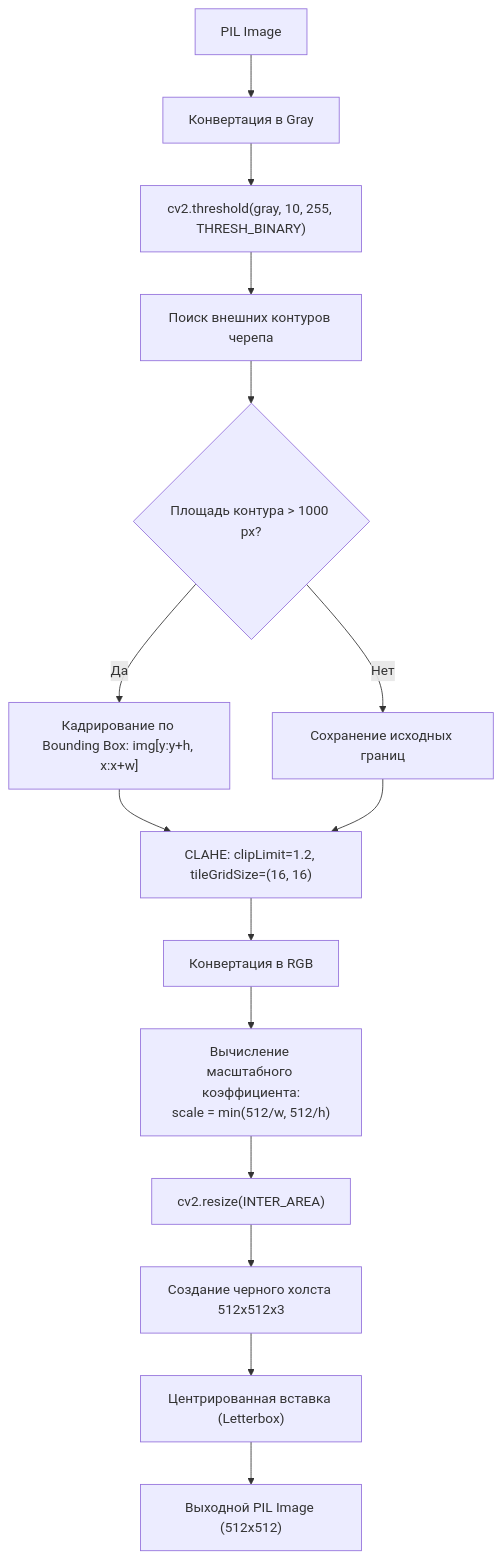
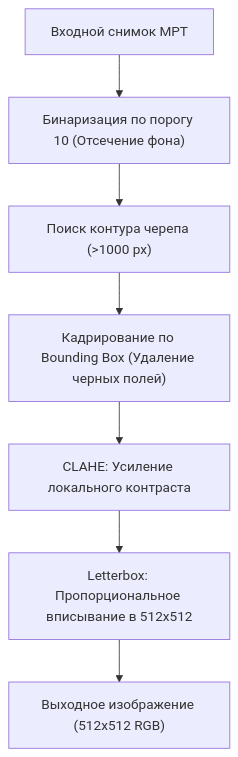
Before and after one commit to marklemesev-spec/mri-brain-tumors: the fourth of 7 diagrams in README.md, drawn with Mermaid. The commit also changed other lines of this file, not shown here.

````diff
--- a/README.md
+++ b/README.md
@@ -177,16 +161,9 @@
 ```mermaid
 flowchart TD
-    A["PIL Image"] --> B["Конвертация в Gray"]
-    B --> C["cv2.threshold(gray, 10, 255, THRESH_BINARY)"]
-    C --> D["Поиск внешних контуров черепа"]
-    D --> E{"Площадь контура > 1000 px?"}
-    E -- Да --> F["Кадрирование по Bounding Box: img[y:y+h, x:x+w]"]
-    E -- Нет --> G["Сохранение исходных границ"]
-    F & G --> H["CLAHE: clipLimit=1.2, tileGridSize=(16, 16)"]
-    H --> I["Конвертация в RGB"]
-    I --> J["Вычисление масштабного коэффициента:<br/>scale = min(512/w, 512/h)"]
-    J --> K["cv2.resize(INTER_AREA)"]
-    K --> L["Создание черного холста 512x512x3"]
-    L --> M["Центрированная вставка (Letterbox)"]
-    M --> N["Выходной PIL Image (512x512)"]
+    A["Входной снимок МРТ"] --> B["Бинаризация по порогу 10 (Отсечение фона)"]
+    B --> C["Поиск контура черепа (>1000 px)"]
+    C --> D["Кадрирование по Bounding Box (Удаление черных полей)"]
+    D --> E["CLAHE: Усиление локального контраста"]
+    E --> F["Letterbox: Пропорциональное вписывание в 512x512"]
+    F --> G["Выходное изображение (512x512 RGB)"]
 ```
````
